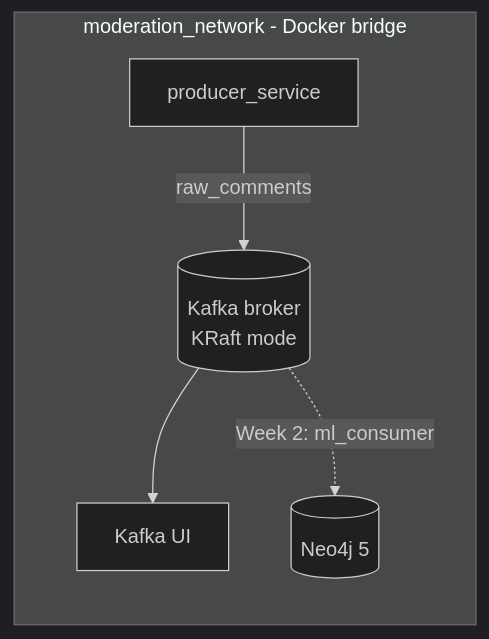
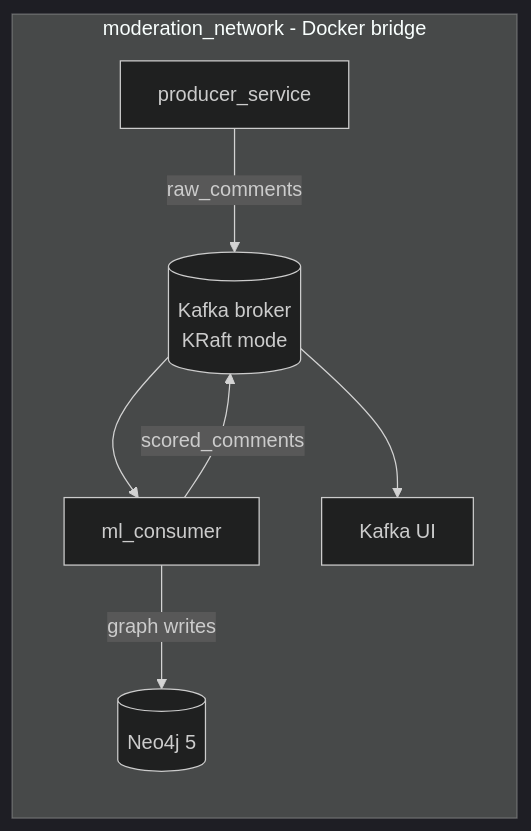
The diagram in docs/architecture.md (mj-weshh/realtime-moderation-engine), drawn with Mermaid (dark theme) before and after one commit. The commit also changed other lines of this file and 6 other files, not shown here.

Commit message:
docs: document ML consumer Kafka integration and inference pipeline

````diff
--- a/docs/architecture.md
+++ b/docs/architecture.md
@@ -7,13 +13,31 @@
 ```mermaid
+
 flowchart LR
+
     subgraph modNet [moderation_network - Docker bridge]
+
         producer[producer_service]
+
         kafka[(Kafka broker<br/>KRaft mode)]
+
+        consumer[ml_consumer]
+
         kafkaui[Kafka UI]
+
         neo4j[(Neo4j 5)]
+
     end
 
+
+
     producer -- "raw_comments" --> kafka
+
+    kafka --> consumer
+
+    consumer -- "graph writes" --> neo4j
+
+    consumer -- "scored_comments" --> kafka
+
     kafka --> kafkaui
-    kafka -. "Week 2: ml_consumer" .-> neo4j
+
 ```
````
